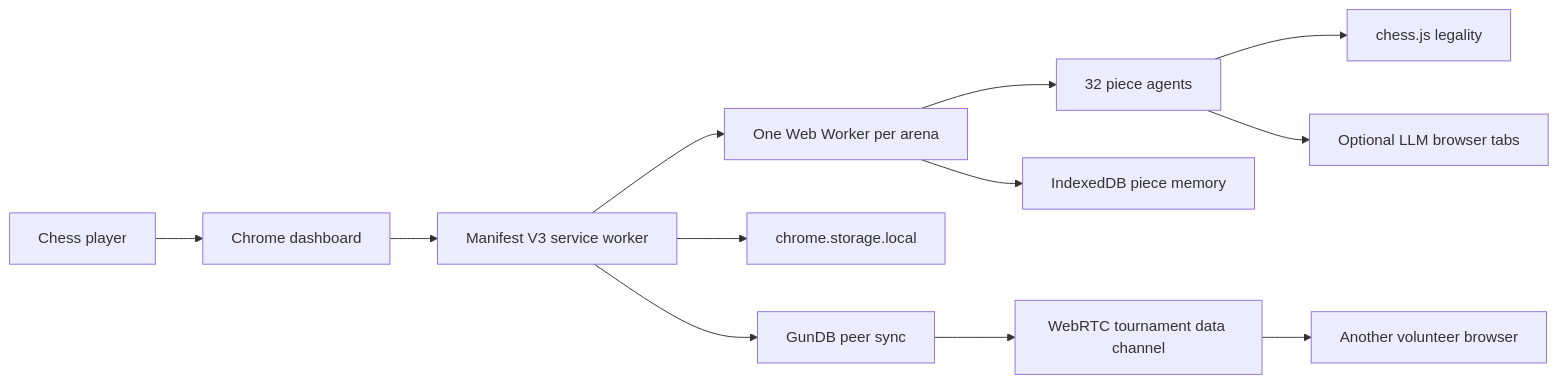
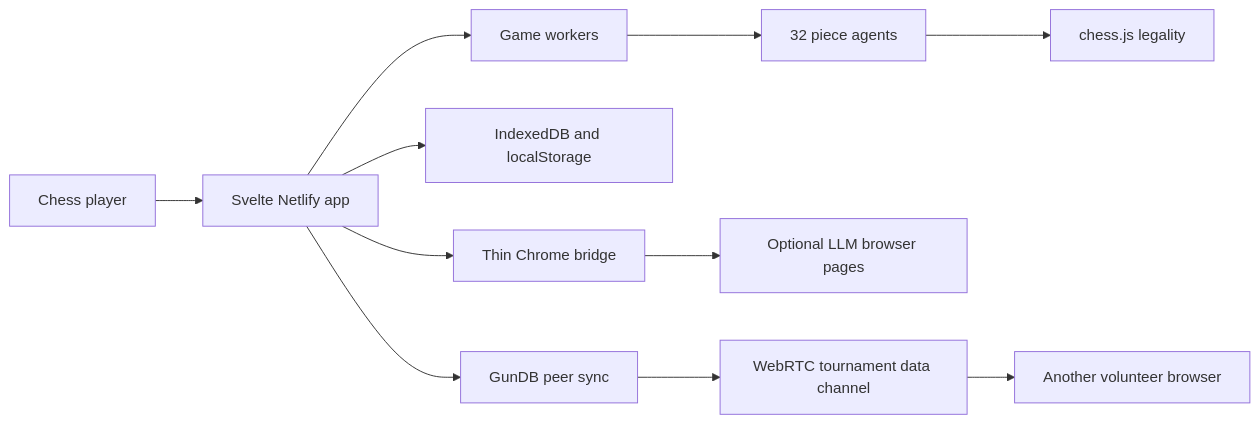
One commit to chadsteele/gambitnet changed the first of 4 diagrams in README.md. Above: the diagram before and after it, drawn with Mermaid. The commit also changed other lines of this file and 25 other files, not shown here.

````diff
--- a/README.md
+++ b/README.md
@@ -148,14 +147,13 @@
 ```mermaid
 flowchart LR
-  Player[Chess player] --> Dashboard[Chrome dashboard]
-  Dashboard --> SW[Manifest V3 service worker]
-  SW --> Workers[One Web Worker per arena]
+  Player[Chess player] --> Dashboard[Svelte Netlify app]
+  Dashboard --> Workers[Game workers]
   Workers --> Agents[32 piece agents]
   Agents --> Rules[chess.js legality]
-  Agents --> LLM[Optional LLM browser tabs]
-  Workers --> Local[IndexedDB piece memory]
-  SW --> Settings[chrome.storage.local]
-  SW --> Gun[GunDB peer sync]
+  Dashboard --> Local[IndexedDB and localStorage]
+  Dashboard --> Bridge[Thin Chrome bridge]
+  Bridge --> LLM[Optional LLM browser pages]
+  Dashboard --> Gun[GunDB peer sync]
   Gun --> RTC[WebRTC tournament data channel]
   RTC --> Peer[Another volunteer browser]
 ```
````
